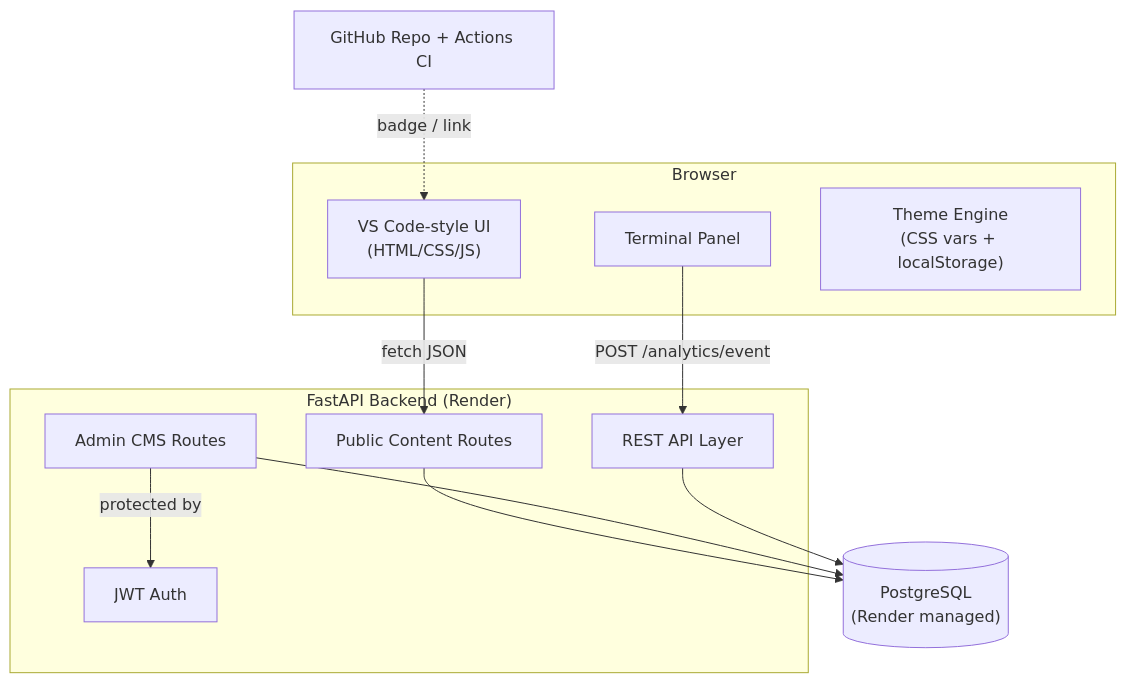
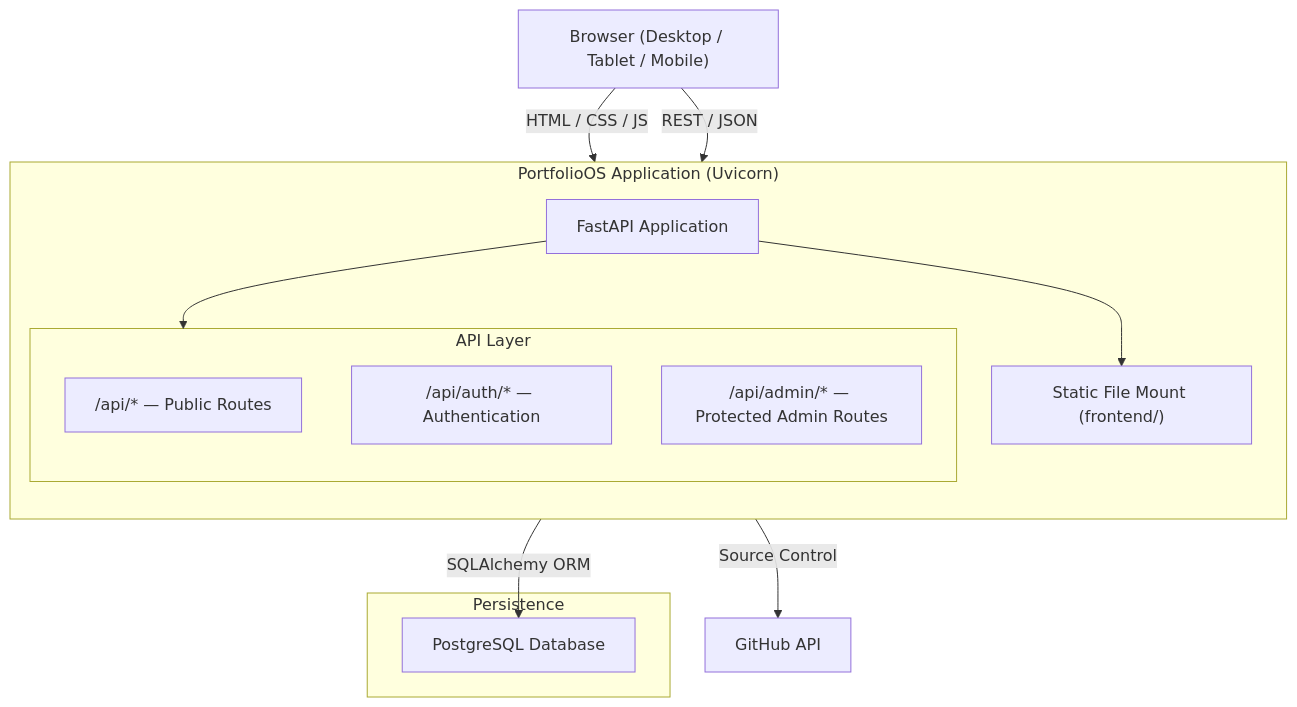
One commit to Ibrahim-2005/portfolio changed the first of 3 diagrams in docs/architecture/TRD.md. Above: the diagram before and after it, drawn with Mermaid. The commit also changed other lines of this file and 7 other files, not shown here.

Commit message:
docs: finalize planning and architecture

````diff
--- a/docs/architecture/TRD.md
+++ b/docs/architecture/TRD.md
@@ -13,26 +19,30 @@
 ```mermaid
 flowchart TB
-    subgraph Client["Browser"]
-        UI["VS Code-style UI\n(HTML/CSS/JS)"]
-        Term["Terminal Panel"]
-        Theme["Theme Engine\n(CSS vars + localStorage)"]
+    Browser["Browser (Desktop / Tablet / Mobile)"]
+
+    subgraph Server["PortfolioOS Application (Uvicorn)"]
+        direction TB
+        FastAPI["FastAPI Application"]
+
+        subgraph Routes["API Layer"]
+            Public["/api/* — Public Routes"]
+            Auth["/api/auth/* — Authentication"]
+            Admin["/api/admin/* — Protected Admin Routes"]
+        end
+
+        Static["Static File Mount (frontend/)"]
     end
 
-    subgraph Server["FastAPI Backend (Render)"]
-        API["REST API Layer"]
-        Auth["JWT Auth"]
-        Admin["Admin CMS Routes"]
-        Public["Public Content Routes"]
+    subgraph Data["Persistence"]
+        PostgreSQL["PostgreSQL Database"]
     end
 
-    DB[("PostgreSQL\n(Render managed)")]
+    GitHub["GitHub API"]
 
-    UI -->|fetch JSON| Public
-    Term -->|POST /analytics/event| API
-    Public --> DB
-    Admin -->|protected by| Auth
-    Admin --> DB
-    API --> DB
-
-    GH["GitHub Repo + Actions CI"] -.->|badge / link| UI
+    Browser -- "HTML / CSS / JS" --> Static
+    Browser -- "REST / JSON" --> Routes
+    FastAPI --> Routes
+    FastAPI --> Static
+    Routes -- "SQLAlchemy ORM" --> PostgreSQL
+    Public -- "Source Control" --> GitHub
 ```
````
